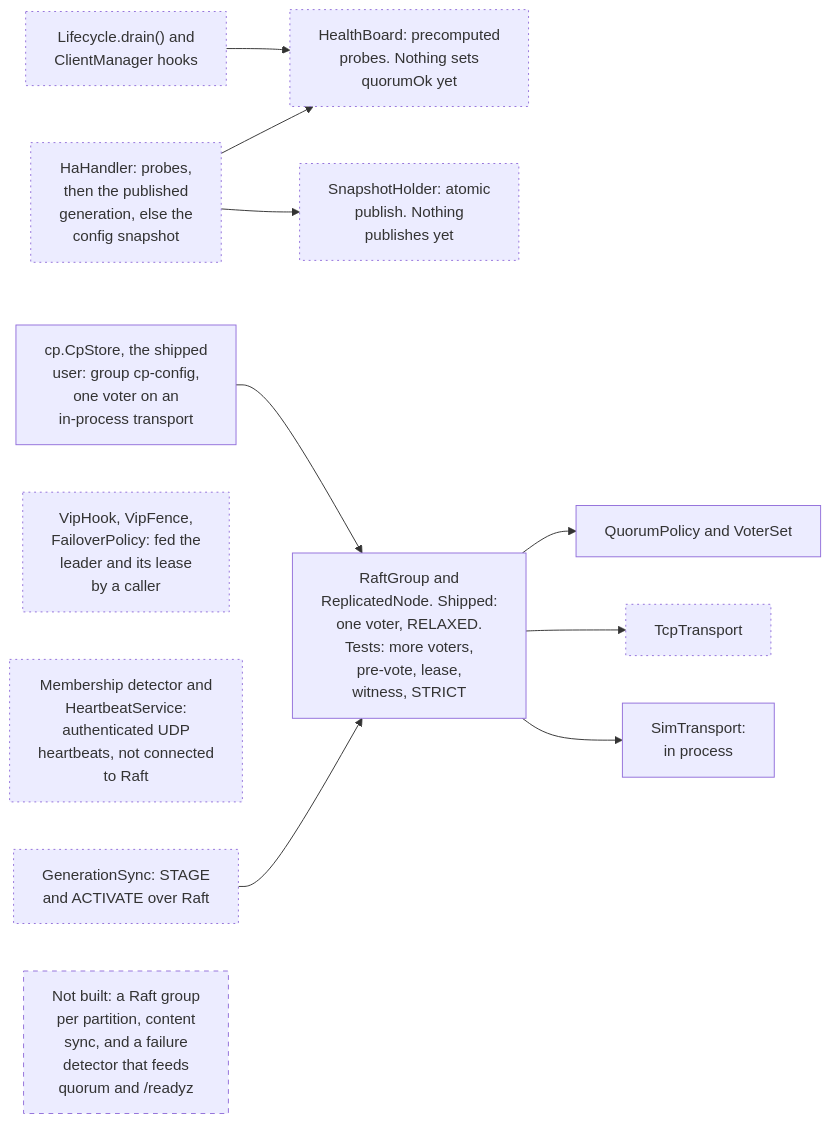
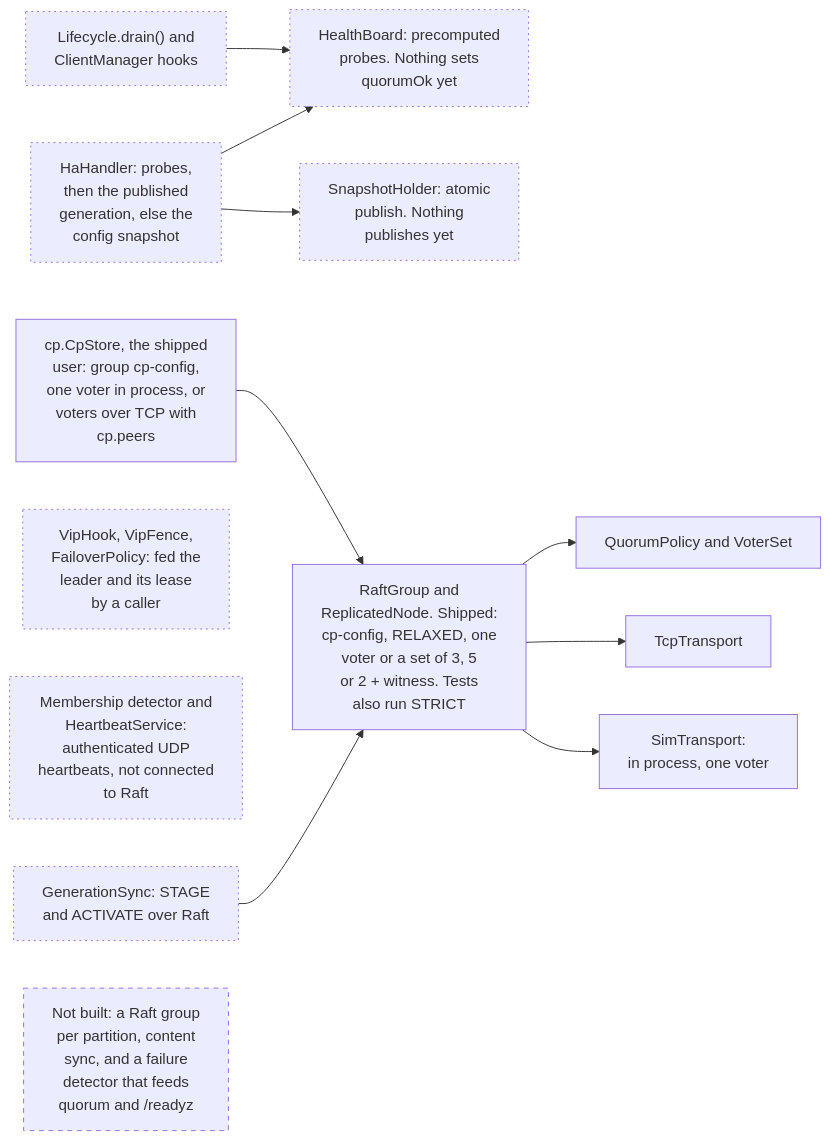
Before and after one commit to BlivionIaG/sjws_nettask: the first of 6 diagrams in docs/ha/design.md, drawn with Mermaid. The commit also changed other lines of this file and 7 other files, not shown here.

First line of the commit message:
docs: update the diagrams for the 30 new master commits

````diff
--- a/docs/ha/design.md
+++ b/docs/ha/design.md
@@ -35,29 +36,29 @@
 ```mermaid
 flowchart LR
         hh["HaHandler: probes,<br/>then the published<br/>generation, else the<br/>config snapshot"]
         hb["HealthBoard: precomputed<br/>probes. Nothing sets<br/>quorumOk yet"]
         sh["SnapshotHolder: atomic<br/>publish. Nothing<br/>publishes yet"]
         lc["Lifecycle.drain() and<br/>ClientManager hooks"]
         gs["GenerationSync: STAGE<br/>and ACTIVATE over Raft"]
         vip["VipHook, VipFence,<br/>FailoverPolicy: fed the<br/>leader and its lease<br/>by a caller"]
         hh --> hb
         hh --> sh
         lc --> hb
-        raft["RaftGroup and<br/>ReplicatedNode. Shipped:<br/>one voter, RELAXED.<br/>Tests: more voters,<br/>pre-vote, lease,<br/>witness, STRICT"]
+        raft["RaftGroup and<br/>ReplicatedNode. Shipped:<br/>cp-config, RELAXED, one<br/>voter or a set of 3, 5<br/>or 2 + witness. Tests<br/>also run STRICT"]
         pol["QuorumPolicy and VoterSet"]
         tcp["TcpTransport"]
-        sim["SimTransport:<br/>in process"]
+        sim["SimTransport:<br/>in process, one voter"]
         mem["Membership detector and<br/>HeartbeatService:<br/>authenticated UDP<br/>heartbeats, not connected<br/>to Raft"]
         raft --> pol
         raft --> tcp
         raft --> sim
-    cp["cp.CpStore, the shipped<br/>user: group cp-config,<br/>one voter on an<br/>in-process transport"]
+    cp["cp.CpStore, the shipped<br/>user: group cp-config,<br/>one voter in process, or<br/>voters over TCP with<br/>cp.peers"]
     gs --> raft
     cp --> raft
 
     classDef lib stroke-dasharray: 2 4
-    class hh,hb,sh,lc,gs,vip,mem,tcp lib
+    class hh,hb,sh,lc,gs,vip,mem lib
     np["Not built: a Raft group<br/>per partition, content<br/>sync, and a failure<br/>detector that feeds<br/>quorum and /readyz"]
     classDef design stroke-dasharray: 5 5
     class np design
 ```
````
